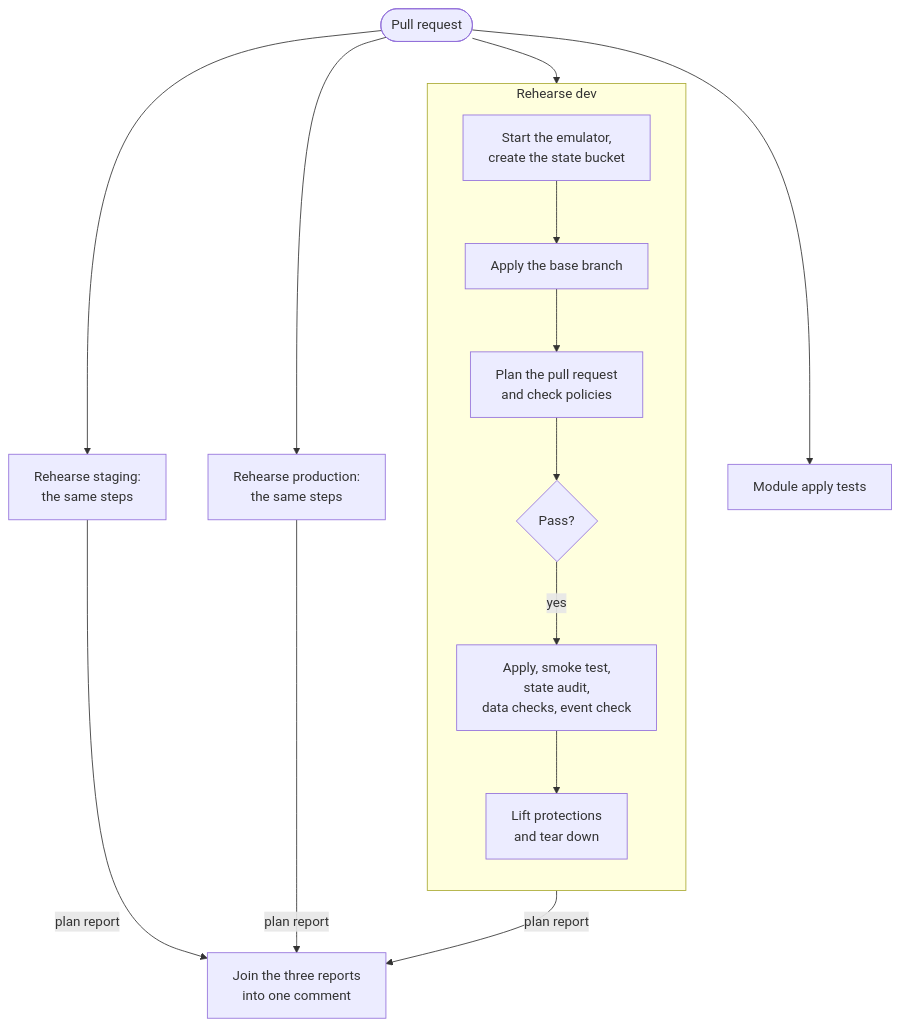
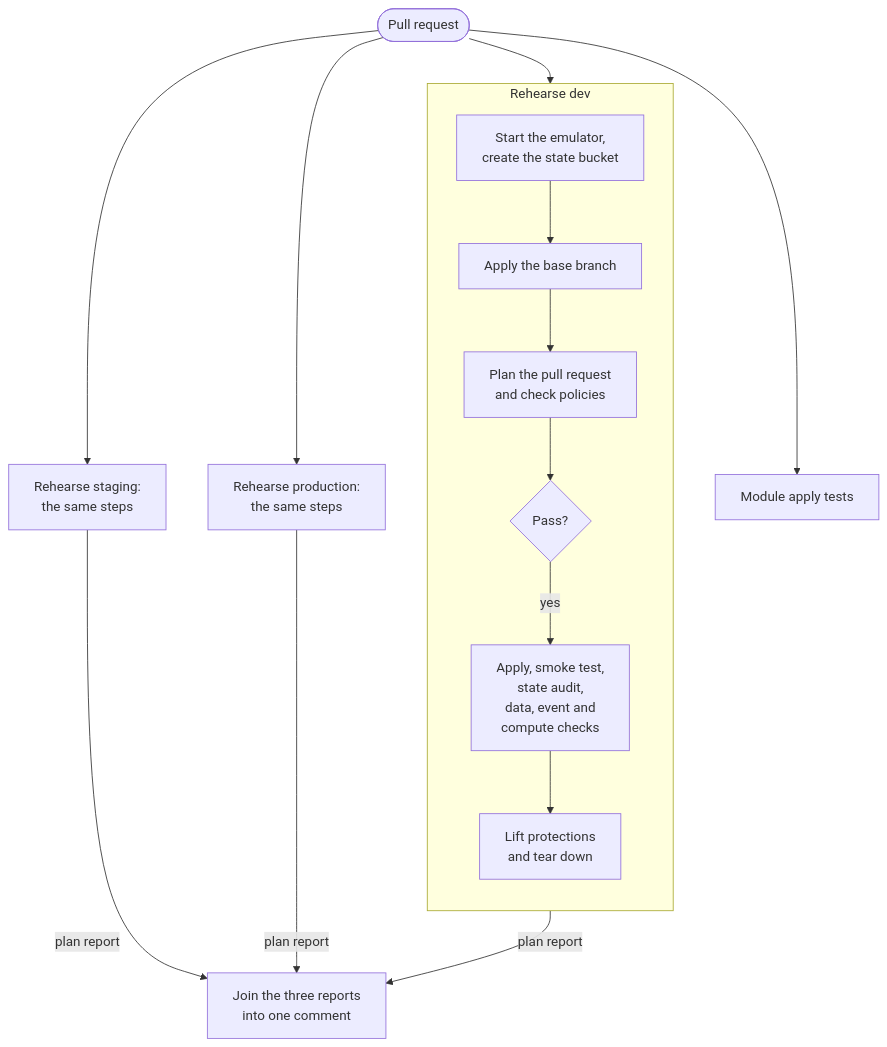
One commit to Akinz-bobo/meridian-supply-platform changed the first of 2 diagrams in docs/guides/pipeline.md. Above: the diagram before and after it, drawn with Mermaid. The commit also changed other lines of this file and 3 other files, not shown here.

Commit message:
docs: describe the compute check

````diff
--- a/docs/guides/pipeline.md
+++ b/docs/guides/pipeline.md
@@ -31,20 +31,20 @@
 ```mermaid
 flowchart TB
     pr([Pull request]) --> d1
     pr --> stg[Rehearse staging:<br/>the same steps]
     pr --> prod[Rehearse production:<br/>the same steps]
     pr --> mt[Module apply tests]
 
     subgraph rehearsal[Rehearse dev]
         direction TB
         d1[Start the emulator,<br/>create the state bucket] --> d2[Apply the base branch]
         d2 --> d3[Plan the pull request<br/>and check policies]
         d3 --> d4{Pass?}
-        d4 -- yes --> d5[Apply, smoke test,<br/>state audit,<br/>data checks, event check]
+        d4 -- yes --> d5[Apply, smoke test,<br/>state audit,<br/>data, event and<br/>compute checks]
         d5 --> d6[Lift protections<br/>and tear down]
     end
 
     d3 -- plan report --> comment[Join the three reports<br/>into one comment]
     stg -- plan report --> comment
     prod -- plan report --> comment
 ```
````
